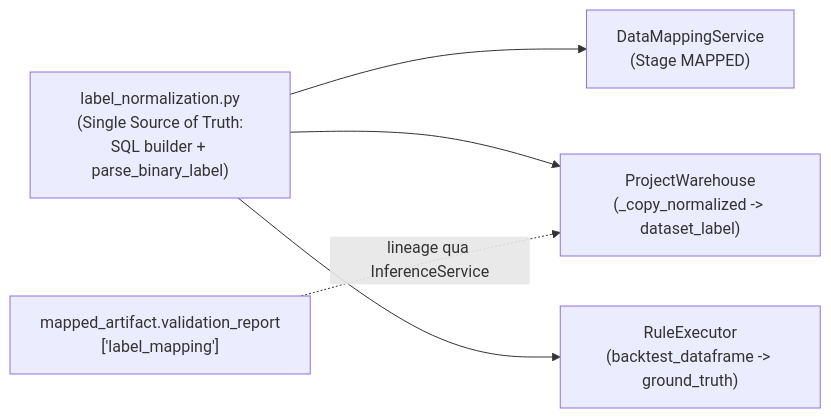
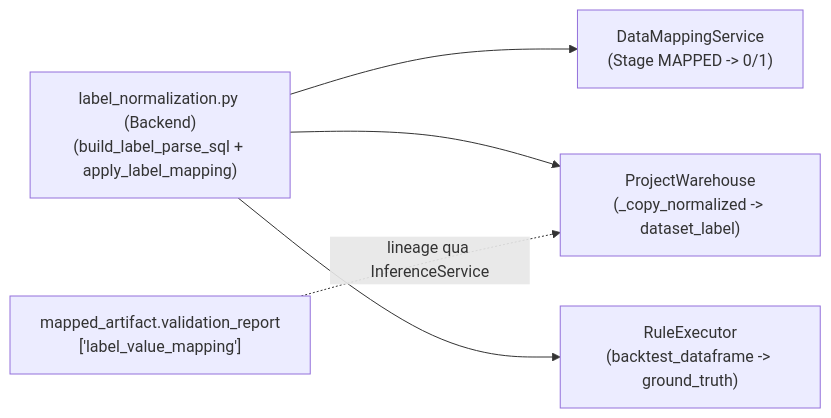
One commit to pqkkkkk/usfds changed the second of 2 diagrams in .plan/raw_label_parsing_and_mapping.md. Above: the diagram before and after it, drawn with Mermaid. The commit also changed other lines of this file and 1 other file, not shown here.

Commit message:
modify plan for raw label parsing

````diff
--- a/.plan/raw_label_parsing_and_mapping.md
+++ b/.plan/raw_label_parsing_and_mapping.md
@@ -37,7 +38,7 @@
 ```mermaid
 flowchart LR
-    NORM["label_normalization.py<br/>(Single Source of Truth:<br/>SQL builder + parse_binary_label)"] --> MAP["DataMappingService<br/>(Stage MAPPED)"]
+    NORM["label_normalization.py (Backend)<br/>(build_label_parse_sql + apply_label_mapping)"] --> MAP["DataMappingService<br/>(Stage MAPPED -> 0/1)"]
     NORM --> WH["ProjectWarehouse<br/>(_copy_normalized -> dataset_label)"]
     NORM --> RE["RuleExecutor<br/>(backtest_dataframe -> ground_truth)"]
-    MAPPED_REP["mapped_artifact.validation_report<br/>['label_mapping']"] -.->|lineage qua InferenceService| WH
+    MAPPED_REP["mapped_artifact.validation_report<br/>['label_value_mapping']"] -.->|lineage qua InferenceService| WH
 ```
````
